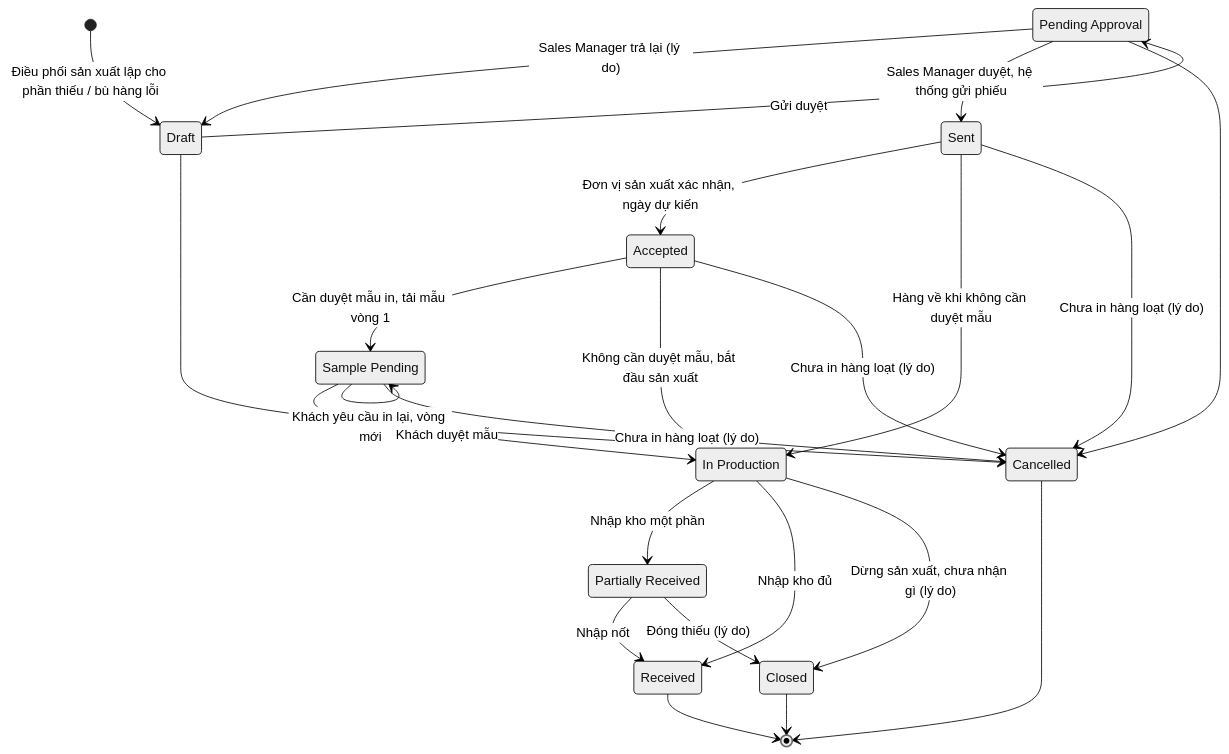
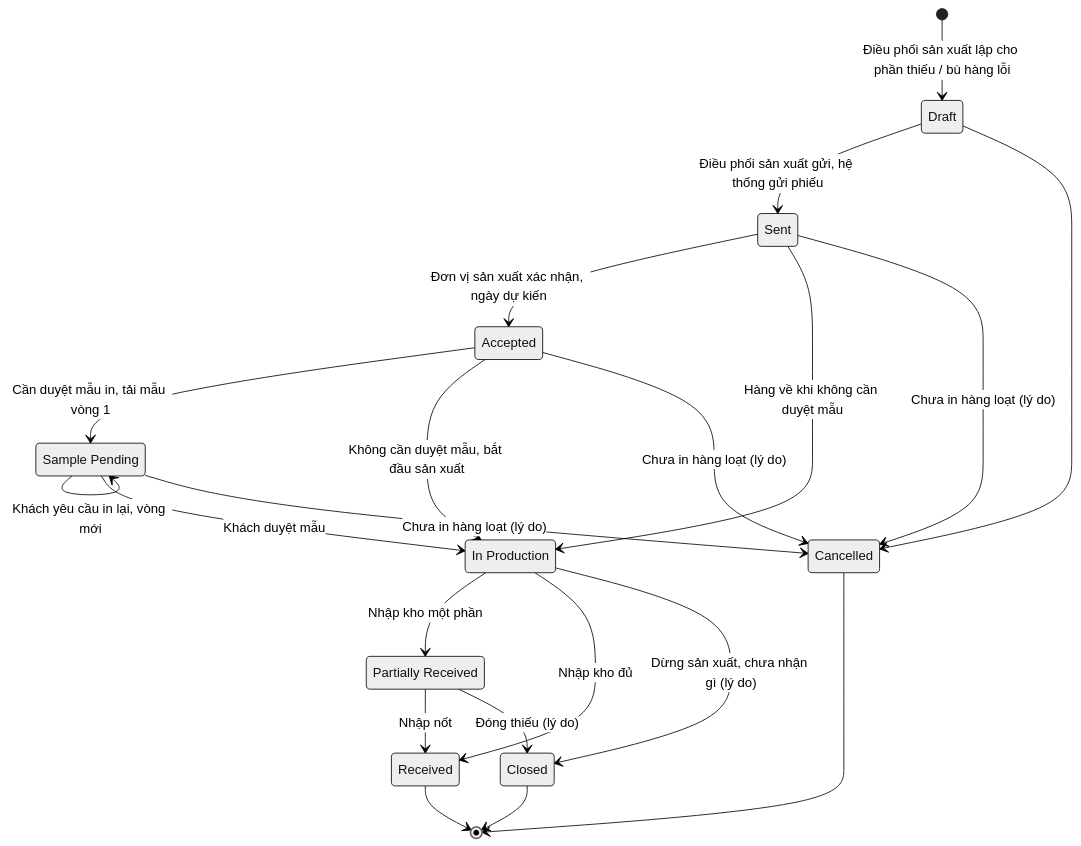
Before and after one commit to KLTN-FA26/docs: the sixth of 18 diagrams in docs/diagrams/README.md, drawn with Mermaid (neutral theme). The commit also changed other lines of this file and 12 other files, not shown here.

Commit message:
docs(17,12): Điều phối sản xuất gửi Đơn sản xuất không cần duyệt và duyệt thiết kế

````diff
--- a/docs/diagrams/README.md
+++ b/docs/diagrams/README.md
@@ -420,31 +418,27 @@
 ```mermaid
 stateDiagram-v2
-    state "Pending Approval" as PendingApproval
     state "Sample Pending" as SamplePending
     state "In Production" as InProduction
     state "Partially Received" as PartiallyReceived
 
     [*] --> Draft: Điều phối sản xuất lập cho phần thiếu / bù hàng lỗi
-    Draft --> PendingApproval: Gửi duyệt
-    PendingApproval --> Draft: Sales Manager trả lại (lý do)
-    PendingApproval --> Sent: Sales Manager duyệt, hệ thống gửi phiếu
+    Draft --> Sent: Điều phối sản xuất gửi, hệ thống gửi phiếu
     Sent --> Accepted: Đơn vị sản xuất xác nhận, ngày dự kiến
     Accepted --> SamplePending: Cần duyệt mẫu in, tải mẫu vòng 1
     SamplePending --> SamplePending: Khách yêu cầu in lại, vòng mới
     SamplePending --> InProduction: Khách duyệt mẫu
     Accepted --> InProduction: Không cần duyệt mẫu, bắt đầu sản xuất
     Sent --> InProduction: Hàng về khi không cần duyệt mẫu
     InProduction --> PartiallyReceived: Nhập kho một phần
     InProduction --> Received: Nhập kho đủ
     PartiallyReceived --> Received: Nhập nốt
     PartiallyReceived --> Closed: Đóng thiếu (lý do)
     InProduction --> Closed: Dừng sản xuất, chưa nhận gì (lý do)
     Draft --> Cancelled
-    PendingApproval --> Cancelled
     Sent --> Cancelled: Chưa in hàng loạt (lý do)
     Accepted --> Cancelled: Chưa in hàng loạt (lý do)
     SamplePending --> Cancelled: Chưa in hàng loạt (lý do)
     Received --> [*]
     Closed --> [*]
     Cancelled --> [*]
 ```
````
